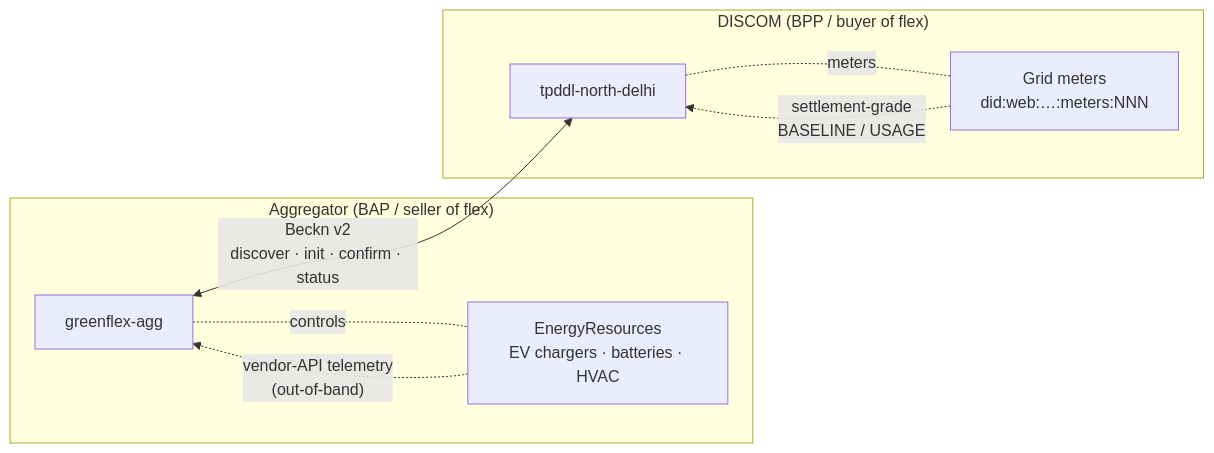
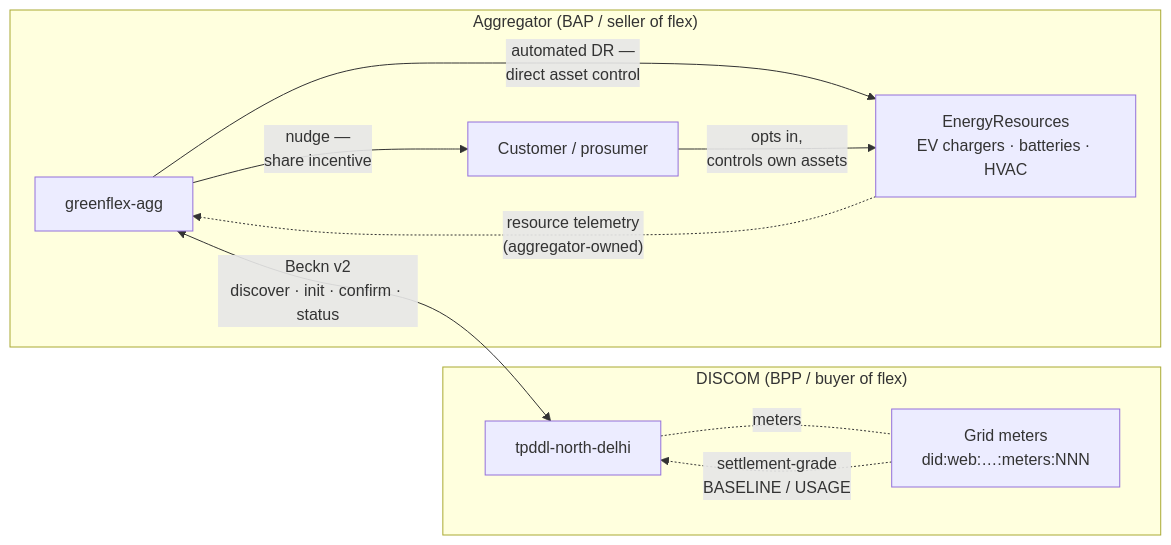
One commit to India-Energy-Stack/ies-accelerator changed the first of 2 diagrams in use-cases/demand-flex/README.md. Above: the diagram before and after it, drawn with Mermaid. The commit also changed other lines of this file, not shown here.

Commit message:
docs(demand-flex): fix mermaid parse error; show two DR delivery modes
- Sequence diagram: the init message contained a ';', which mermaid treats as
  a statement separator (parse error). Reword without ';'.
- Block diagram: show that the aggregator either controls assets directly
  (automated DR) or nudges the customer with a shared incentive to curtail
  their own assets; add a Customer node and a prose sentence. Relabel the
  resource-telemetry edge as aggregator-owned.

Both diagrams verified to render with mmdc.

````diff
--- a/use-cases/demand-flex/README.md
+++ b/use-cases/demand-flex/README.md
@@ -54,16 +54,19 @@
 ```mermaid
 flowchart LR
   subgraph Aggregator["Aggregator (BAP / seller of flex)"]
     AGG["greenflex-agg"]
+    CUST["Customer / prosumer"]
     ER["EnergyResources<br/>EV chargers · batteries · HVAC"]
-    AGG -.controls.- ER
+    AGG -- "automated DR —<br/>direct asset control" --> ER
+    AGG -- "nudge —<br/>share incentive" --> CUST
+    CUST -- "opts in,<br/>controls own assets" --> ER
   end
   subgraph Utility["DISCOM (BPP / buyer of flex)"]
     DISCOM["tpddl-north-delhi"]
     M["Grid meters<br/>did:web:…:meters:NNN"]
     DISCOM -.meters.- M
   end
   AGG <-- "Beckn v2<br/>discover · init · confirm · status" --> DISCOM
-  ER -. "vendor-API telemetry<br/>(out-of-band)" .-> AGG
+  ER -. "resource telemetry<br/>(aggregator-owned)" .-> AGG
   M -. "settlement-grade<br/>BASELINE / USAGE" .-> DISCOM
 ```
````
